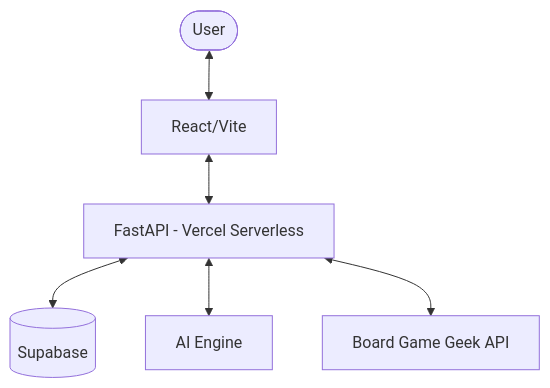
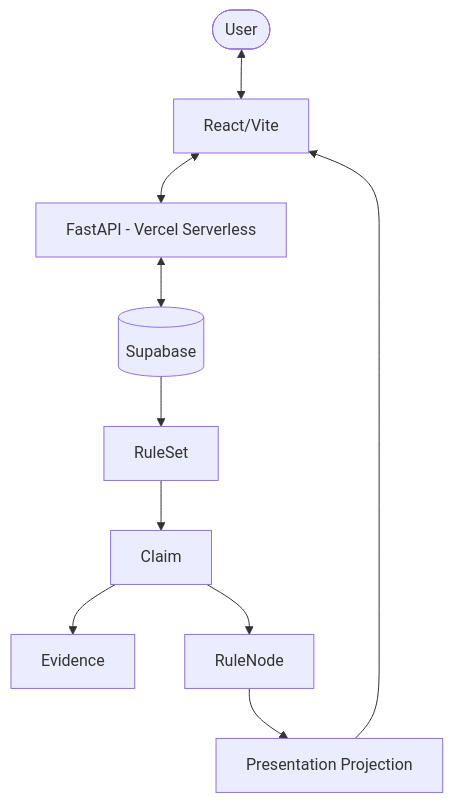
Before and after one commit to KAFKA2306/rule-scribe-games: the diagram in README.md, drawn with Mermaid. The commit also changed other lines of this file and 47 other files, not shown here.

````diff
--- a/README.md
+++ b/README.md
@@ -50,8 +41,12 @@
 ```mermaid
 graph TD
     User([User]) <--> Frontend[React/Vite]
     Frontend <--> API[FastAPI - Vercel Serverless]
-    API <--> Cache[(Supabase)]
-    API <--> AI[AI Engine]
-    API <--> BGG[Board Game Geek API]
+    API <--> Catalog[(Supabase)]
+    Catalog --> RuleSet[RuleSet]
+    RuleSet --> Claim[Claim]
+    Claim --> Evidence[Evidence]
+    Claim --> RuleNode[RuleNode]
+    RuleNode --> Projection[Presentation Projection]
+    Projection --> Frontend
 ```
````
